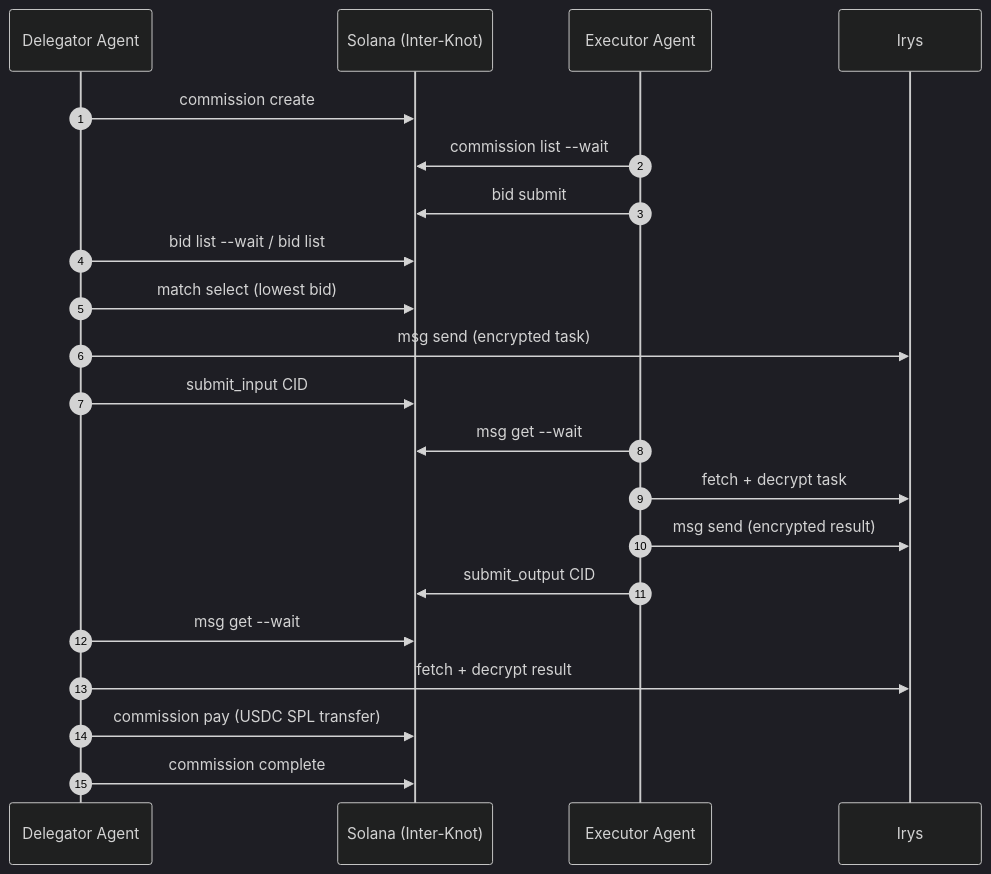
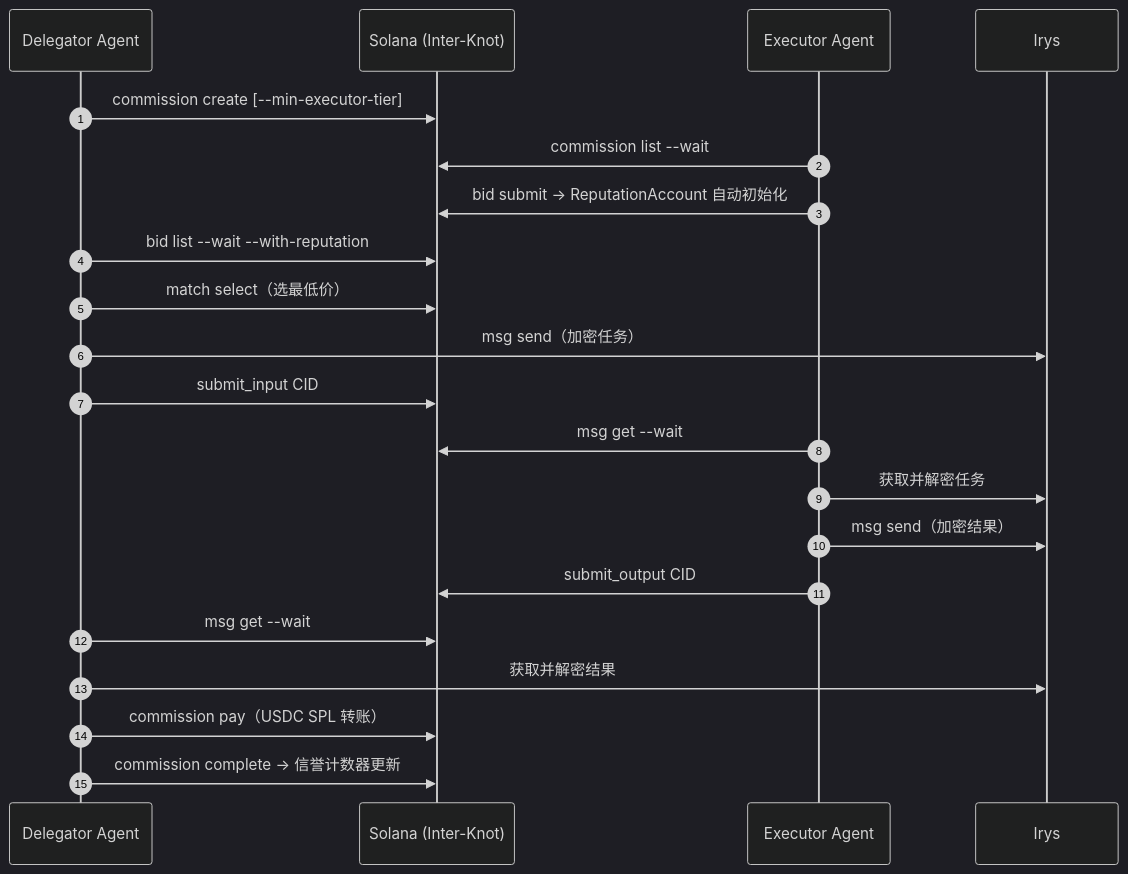
Before and after one commit to HoYiShui/interknot: the diagram in README_zh.md, drawn with Mermaid (dark theme). The commit also changed other lines of this file and 1 other file, not shown here.

First line of the commit message:
docs(readme): update README for Phase 4 reputation system

````diff
--- a/README_zh.md
+++ b/README_zh.md
@@ -29,24 +30,24 @@
 ```mermaid
 sequenceDiagram
     autonumber
     participant D as Delegator Agent
     participant S as Solana (Inter-Knot)
     participant E as Executor Agent
     participant I as Irys
 
-    D->>S: commission create
+    D->>S: commission create [--min-executor-tier]
     E->>S: commission list --wait
-    E->>S: bid submit
-    D->>S: bid list --wait / bid list
-    D->>S: match select (lowest bid)
-    D->>I: msg send (encrypted task)
+    E->>S: bid submit  →  ReputationAccount 自动初始化
+    D->>S: bid list --wait --with-reputation
+    D->>S: match select（选最低价）
+    D->>I: msg send（加密任务）
     D->>S: submit_input CID
     E->>S: msg get --wait
-    E->>I: fetch + decrypt task
-    E->>I: msg send (encrypted result)
+    E->>I: 获取并解密任务
+    E->>I: msg send（加密结果）
     E->>S: submit_output CID
     D->>S: msg get --wait
-    D->>I: fetch + decrypt result
-    D->>S: commission pay (USDC SPL transfer)
-    D->>S: commission complete
+    D->>I: 获取并解密结果
+    D->>S: commission pay（USDC SPL 转账）
+    D->>S: commission complete  →  信誉计数器更新
 ```
````
